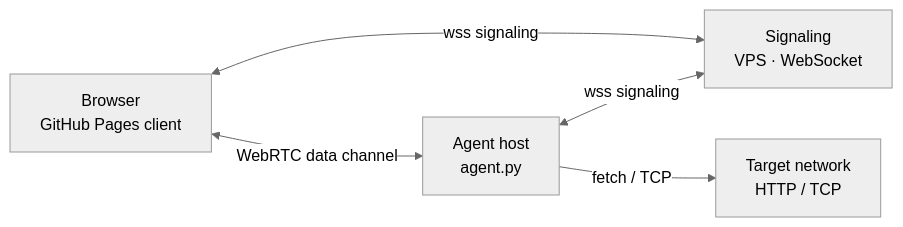
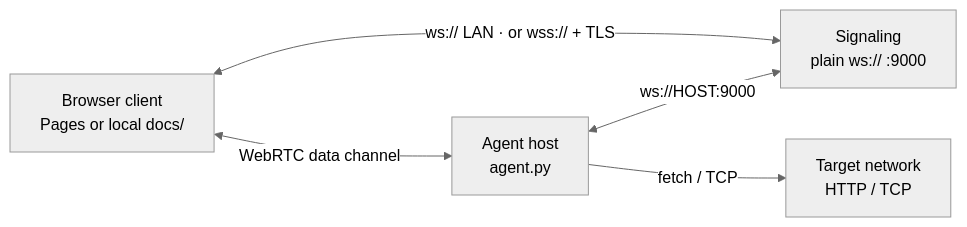
Before and after one commit to ABproductionIT/P2P_Network: the first of 2 diagrams in README.md, drawn with Mermaid (neutral theme). The commit also changed other lines of this file and 6 other files, not shown here.

````diff
--- a/README.md
+++ b/README.md
@@ -11,12 +11,12 @@
 ```mermaid
 flowchart LR
-  Browser["Browser<br/>GitHub Pages client"]
-  Sig["Signaling<br/>VPS · WebSocket"]
+  Browser["Browser client<br/>Pages or local docs/"]
+  Sig["Signaling<br/>plain ws:// :9000"]
   Agent["Agent host<br/>agent.py"]
   Net["Target network<br/>HTTP / TCP"]
 
-  Browser <-->|"wss signaling"| Sig
-  Agent <-->|"wss signaling"| Sig
+  Browser <-->|"ws:// LAN · or wss:// + TLS"| Sig
+  Agent <-->|"ws://HOST:9000"| Sig
   Browser <-->|"WebRTC data channel"| Agent
   Agent -->|"fetch / TCP"| Net
 ```
````
